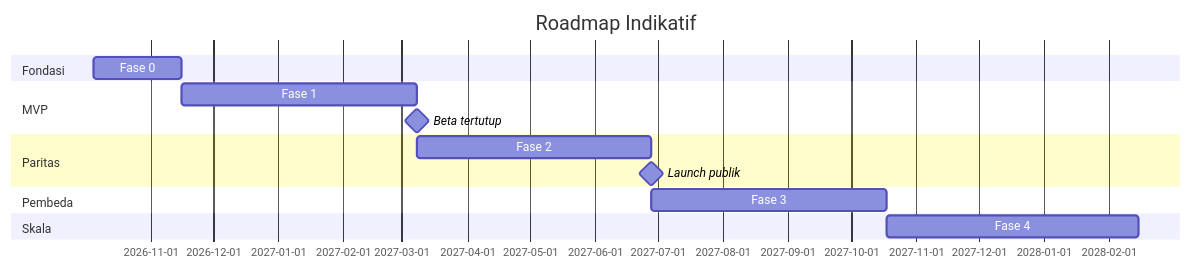
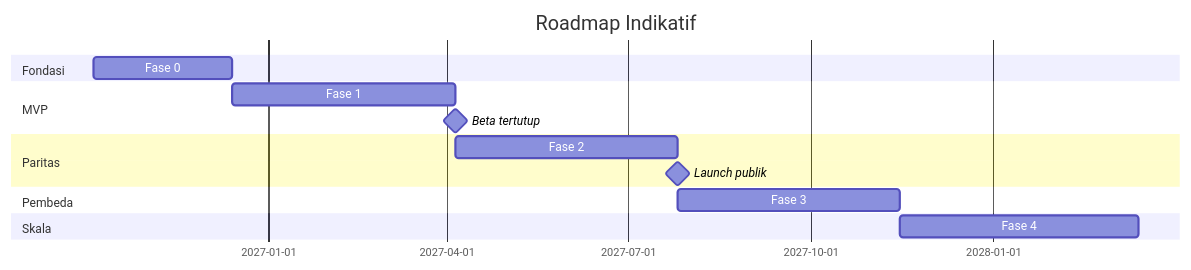
One commit to ahmad-affandi08/POS-SAAS changed the tenth of 10 diagrams in PRD.md. Above: the diagram before and after it, drawn with Mermaid. The commit also changed other lines of this file, not shown here.

````diff
--- a/PRD.md
+++ b/PRD.md
@@ -2712,17 +3246,17 @@
 ```mermaid
 gantt
     dateFormat  YYYY-MM-DD
     title Roadmap Indikatif
     section Fondasi
-    Fase 0            :f0, 2026-10-05, 42d
+    Fase 0            :f0, 2026-10-05, 70d
     section MVP
     Fase 1            :f1, after f0, 112d
     Beta tertutup     :milestone, after f1, 0d
     section Paritas
     Fase 2            :f2, after f1, 112d
     Launch publik     :milestone, after f2, 0d
     section Pembeda
     Fase 3            :f3, after f2, 112d
     section Skala
     Fase 4            :f4, after f3, 120d
 ```
````
